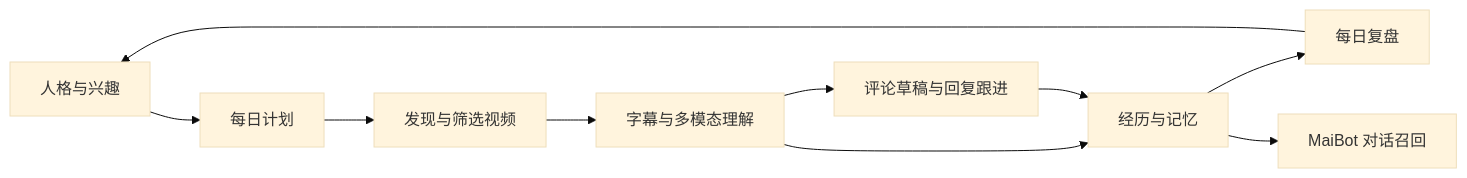
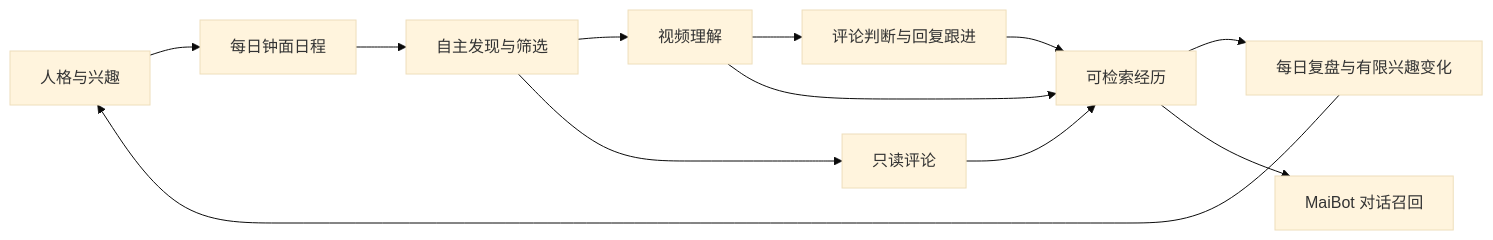
Before and after one commit to ANTINOVIA/maibot-bililife: the diagram in README.md, drawn with Mermaid (base theme). The commit also changed other lines of this file, not shown here.

````diff
--- a/README.md
+++ b/README.md
@@ -14,12 +27,14 @@
 ```mermaid
 flowchart LR
-    A[人格与兴趣] --> B[每日计划]
-    B --> C[发现与筛选视频]
-    C --> D[字幕与多模态理解]
-    D --> E[评论草稿与回复跟进]
-    D --> F[经历与记忆]
-    E --> F
-    F --> G[每日复盘]
-    G --> A
-    F --> H[MaiBot 对话召回]
+    A[人格与兴趣] --> B[每日钟面日程]
+    B --> C[自主发现与筛选]
+    C --> D[视频理解]
+    C --> E[只读评论]
+    D --> F[评论判断与回复跟进]
+    D --> G[可检索经历]
+    E --> G
+    F --> G
+    G --> H[每日复盘与有限兴趣变化]
+    H --> A
+    G --> I[MaiBot 对话召回]
 ```
````
